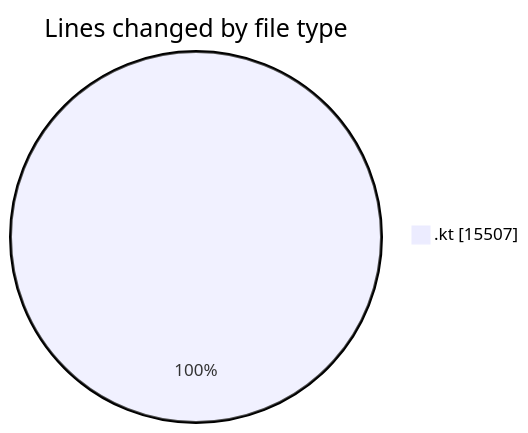
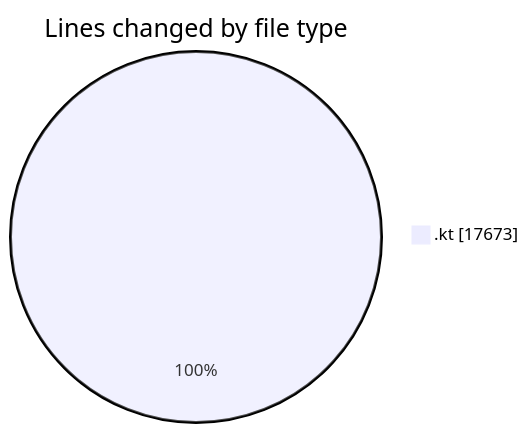
The first of 2 diagrams in 2026-04-08/t2s/README.md (Unknowalive/code-tracking), drawn with Mermaid before and after one commit. The commit also changed other lines of this file and 1 other file, not shown here.

````diff
--- a/2026-04-08/t2s/README.md
+++ b/2026-04-08/t2s/README.md
@@ -51,5 +57,5 @@
 ```mermaid
 pie showData
 title Lines changed by file type
-".kt" : 15507
+".kt" : 17673
 ```
````
